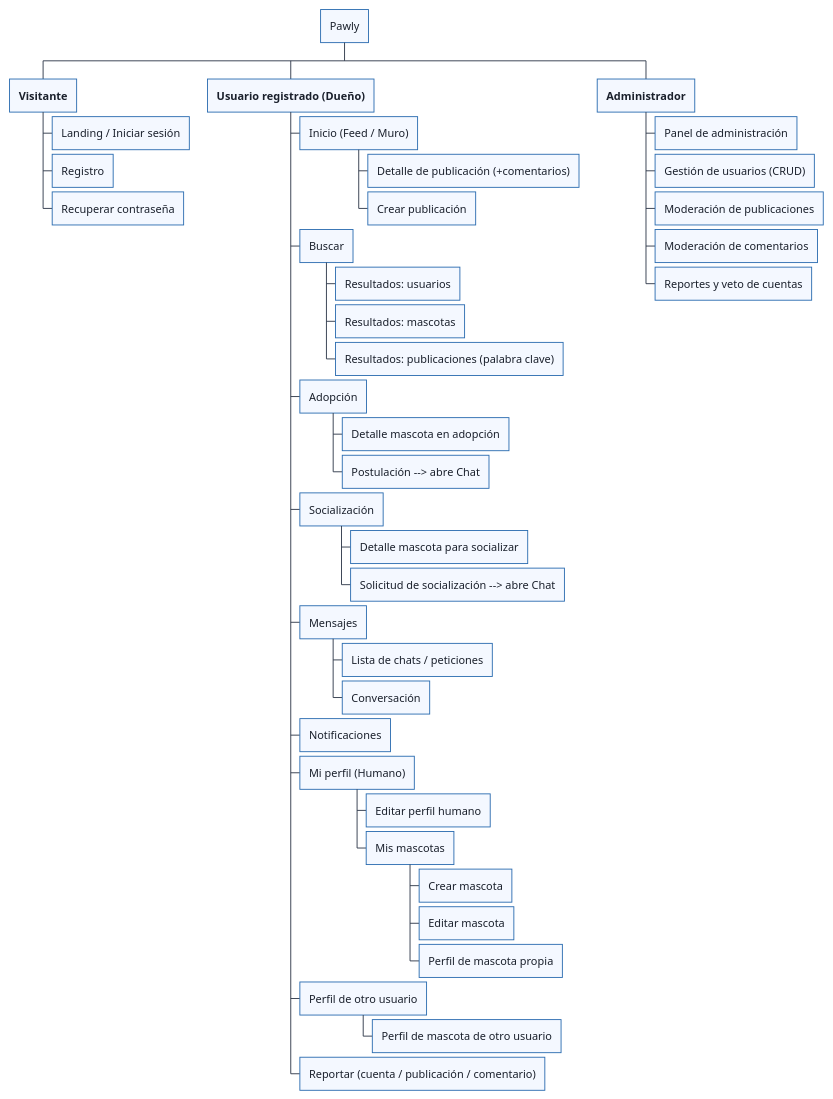
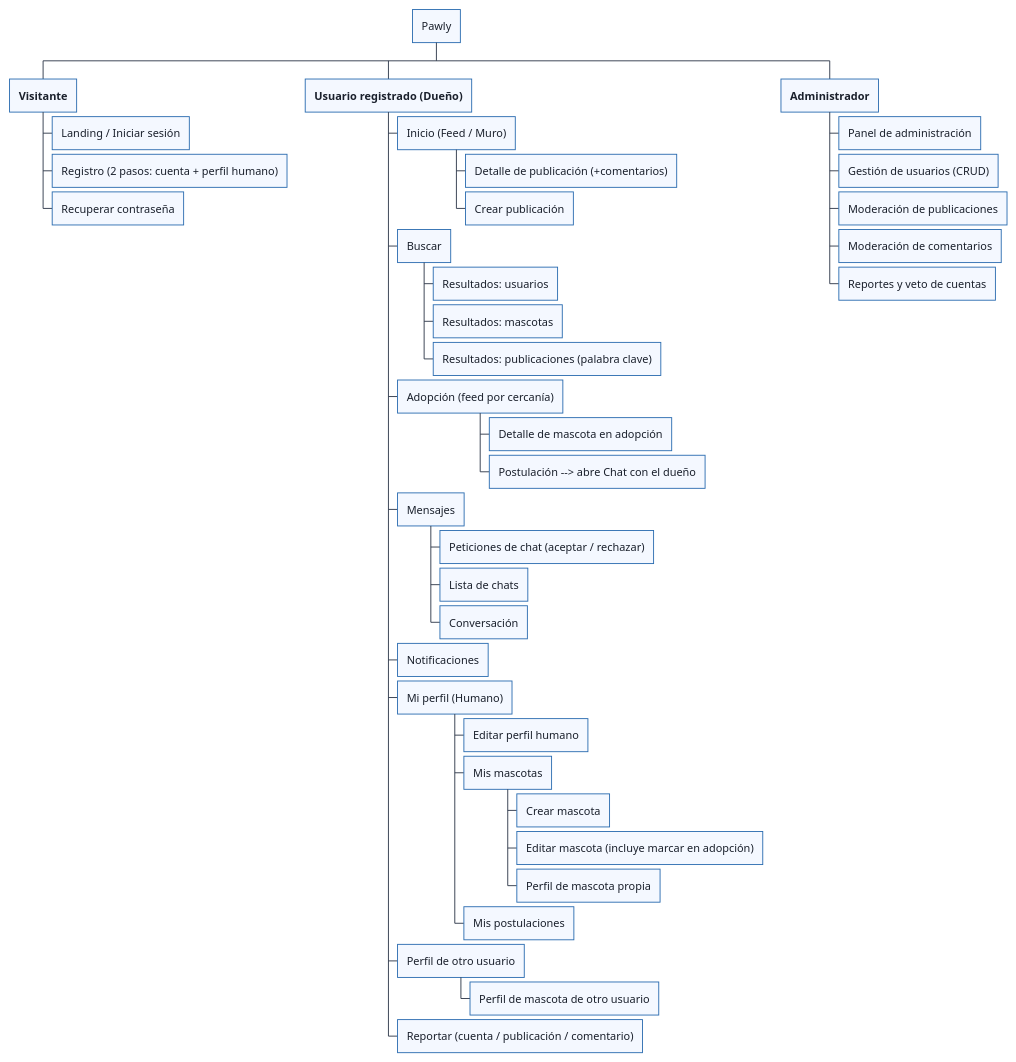
The diagram in mapa_navegacion.puml (darvinh12/pawly-navegacion-wireframes), drawn with PlantUML before and after one commit. The commit also changed 62 other files, not shown here.

```diff
--- a/mapa_navegacion.puml
+++ b/mapa_navegacion.puml
@@ -1,56 +1,56 @@
 @startwbs
 ' Mapa / árbol de navegación - Pawly (Red Social de Mascotas) - ATI 2026-1
+' Funcionalidad núcleo elegida por el equipo: Adopciones
 !theme plain
 skinparam backgroundColor #FFFFFF
 skinparam ArrowColor #2D3748
 skinparam node {
   BackgroundColor #F4F8FF
   BorderColor #2B6CB0
   FontName Segoe UI
   FontSize 12
   FontColor #1A202C
 }
 
 * Pawly
 
 ** <b>Visitante</b>
 *** Landing / Iniciar sesión
-*** Registro
+*** Registro (2 pasos: cuenta + perfil humano)
 *** Recuperar contraseña
 
 ** <b>Usuario registrado (Dueño)</b>
 *** Inicio (Feed / Muro)
 **** Detalle de publicación (+comentarios)
 **** Crear publicación
 *** Buscar
 **** Resultados: usuarios
 **** Resultados: mascotas
 **** Resultados: publicaciones (palabra clave)
-*** Adopción
-**** Detalle mascota en adopción
-**** Postulación --> abre Chat
-*** Socialización
-**** Detalle mascota para socializar
-**** Solicitud de socialización --> abre Chat
+*** Adopción (feed por cercanía)
+**** Detalle de mascota en adopción
+**** Postulación --> abre Chat con el dueño
 *** Mensajes
-**** Lista de chats / peticiones
+**** Peticiones de chat (aceptar / rechazar)
+**** Lista de chats
 **** Conversación
 *** Notificaciones
 *** Mi perfil (Humano)
 **** Editar perfil humano
 **** Mis mascotas
 ***** Crear mascota
-***** Editar mascota
+***** Editar mascota (incluye marcar en adopción)
 ***** Perfil de mascota propia
+**** Mis postulaciones
 *** Perfil de otro usuario
 **** Perfil de mascota de otro usuario
 *** Reportar (cuenta / publicación / comentario)
 
 ** <b>Administrador</b>
 *** Panel de administración
 *** Gestión de usuarios (CRUD)
 *** Moderación de publicaciones
 *** Moderación de comentarios
 *** Reportes y veto de cuentas
 
 @endwbs
```
